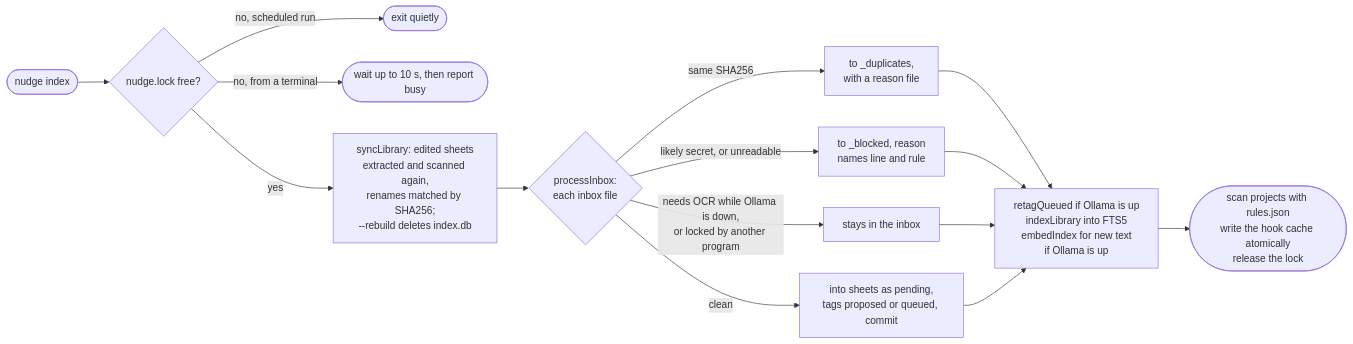
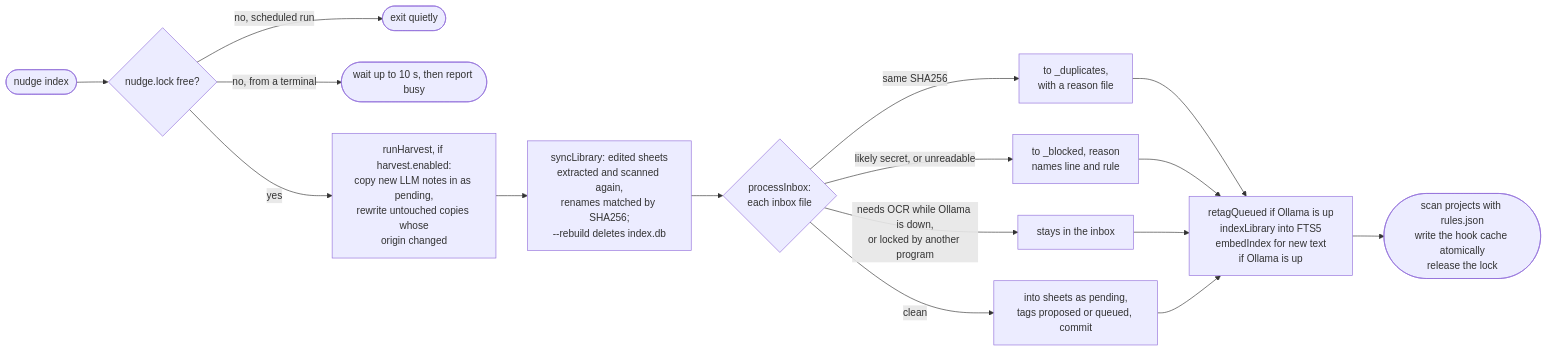
Before and after one commit to cgbot7/Nudge: the fourth of 5 diagrams in docs/architecture.md, drawn with Mermaid. The commit also changed other lines of this file and 15 other files, not shown here.

First line of the commit message:
Add nudge harvest: copy Claude Code memory notes into the library

````diff
--- a/docs/architecture.md
+++ b/docs/architecture.md
@@ -152,17 +152,18 @@
 ```mermaid
 flowchart LR
   start(["nudge index"]) --> lock{"nudge.lock free?"}
   lock -->|"no, scheduled run"| quiet(["exit quietly"])
   lock -->|"no, from a terminal"| busy(["wait up to 10 s, then report busy"])
-  lock -->|yes| sync["syncLibrary: edited sheets<br/>extracted and scanned again,<br/>renames matched by SHA256;<br/>--rebuild deletes index.db"]
+  lock -->|yes| harvest["runHarvest, if harvest.enabled:<br/>copy new LLM notes in as pending,<br/>rewrite untouched copies whose<br/>origin changed"]
+  harvest --> sync["syncLibrary: edited sheets<br/>extracted and scanned again,<br/>renames matched by SHA256;<br/>--rebuild deletes index.db"]
   sync --> kind{"processInbox:<br/>each inbox file"}
   kind -->|"same SHA256"| dup["to _duplicates,<br/>with a reason file"]
   kind -->|"likely secret, or unreadable"| blocked["to _blocked, reason<br/>names line and rule"]
   kind -->|"needs OCR while Ollama is down,<br/>or locked by another program"| waits["stays in the inbox"]
   kind -->|clean| imported["into sheets as pending,<br/>tags proposed or queued, commit"]
   dup --> work
   blocked --> work
   waits --> work
   imported --> work["retagQueued if Ollama is up<br/>indexLibrary into FTS5<br/>embedIndex for new text<br/>if Ollama is up"]
   work --> cache(["scan projects with rules.json<br/>write the hook cache atomically<br/>release the lock"])
 ```
````
